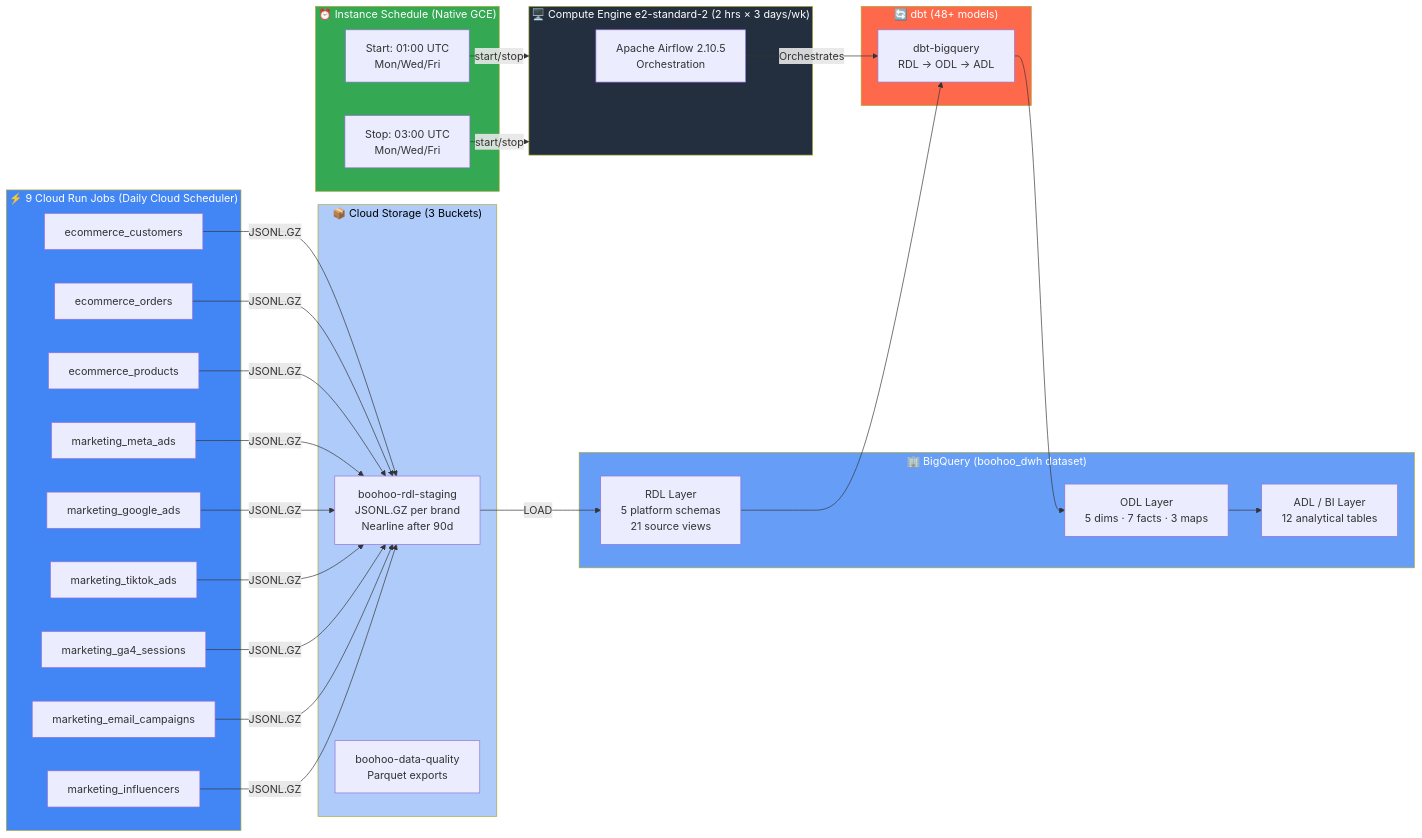
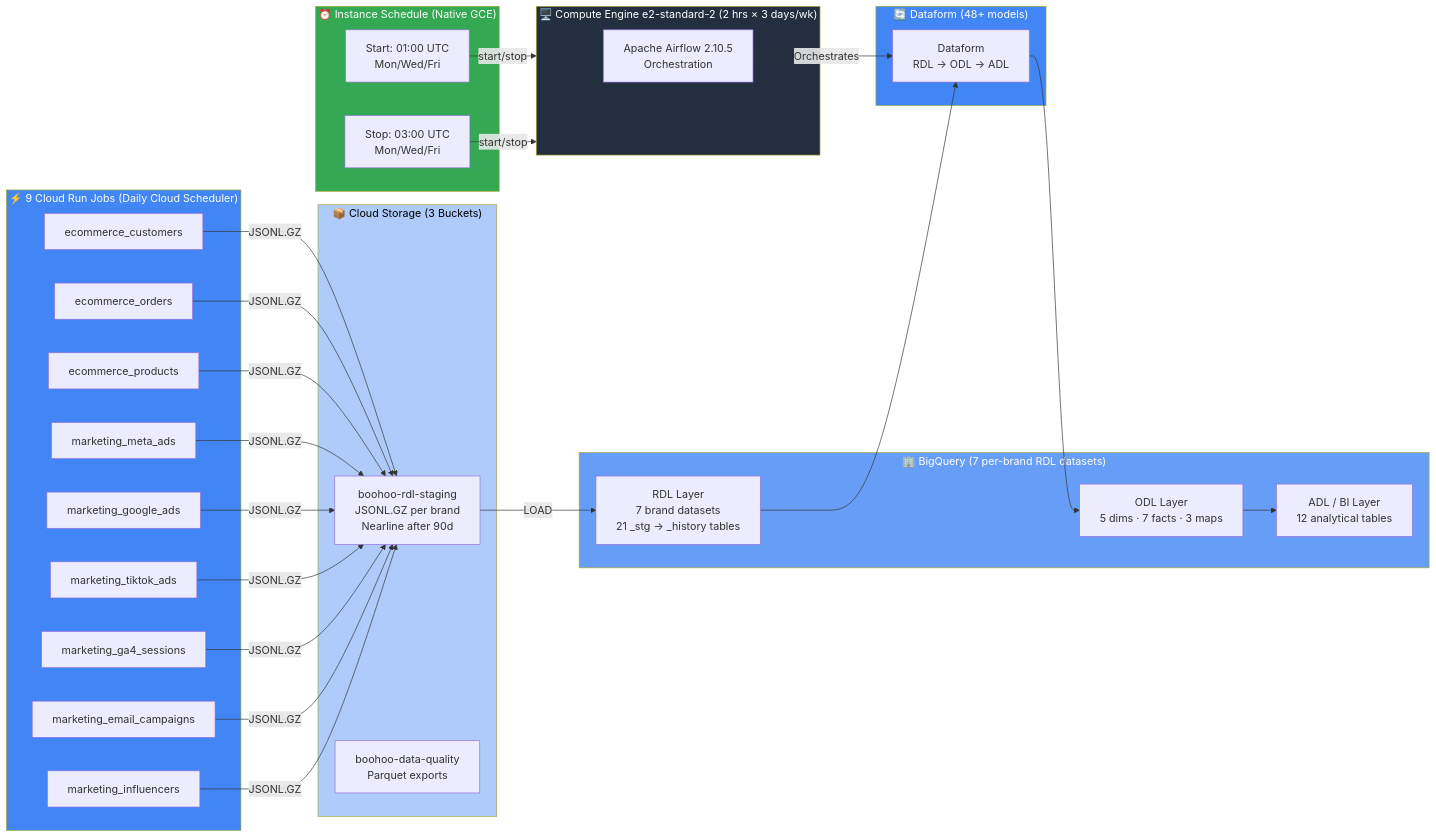
Before and after one commit to TimiOlayinka/bigquery-dbt-ecommerce-warehouse: the diagram in README.md, drawn with Mermaid. The commit also changed other lines of this file and 578 other files, not shown here.

````diff
--- a/README.md
+++ b/README.md
@@ -37,51 +37,51 @@
 ```mermaid
 flowchart LR
     subgraph JOBS["⚡ 9 Cloud Run Jobs (Daily Cloud Scheduler)"]
         L1["ecommerce_customers"]
         L2["ecommerce_orders"]
         L3["ecommerce_products"]
         L4["marketing_meta_ads"]
         L5["marketing_google_ads"]
         L6["marketing_tiktok_ads"]
         L7["marketing_ga4_sessions"]
         L8["marketing_email_campaigns"]
         L9["marketing_influencers"]
     end
 
     subgraph GCS["📦 Cloud Storage (3 Buckets)"]
         RDL_GCS["boohoo-rdl-staging\nJSONL.GZ per brand\nNearline after 90d"]
         DQ_GCS["boohoo-data-quality\nParquet exports"]
     end
 
     subgraph SCHEDULER["⏰ Instance Schedule (Native GCE)"]
         IS1["Start: 01:00 UTC\nMon/Wed/Fri"]
         IS2["Stop: 03:00 UTC\nMon/Wed/Fri"]
     end
 
     subgraph GCE["🖥️ Compute Engine e2-standard-2 (2 hrs × 3 days/wk)"]
         AF["Apache Airflow 2.10.5\nOrchestration"]
     end
 
-    subgraph BQ["🏢 BigQuery (boohoo_dwh dataset)"]
-        RDL_BQ["RDL Layer\n5 platform schemas\n21 source views"]
+    subgraph BQ["🏢 BigQuery (7 per-brand RDL datasets)"]
+        RDL_BQ["RDL Layer\n7 brand datasets\n21 _stg → _history tables"]
         ODL_BQ["ODL Layer\n5 dims · 7 facts · 3 maps"]
         ADL_BQ["ADL / BI Layer\n12 analytical tables"]
     end
 
-    subgraph DBT["🔄 dbt (48+ models)"]
-        DBT_RUN["dbt-bigquery\nRDL → ODL → ADL"]
+    subgraph DF["🔄 Dataform (48+ models)"]
+        DF_RUN["Dataform\nRDL → ODL → ADL"]
     end
 
     L1 & L2 & L3 & L4 & L5 & L6 & L7 & L8 & L9 -->|"JSONL.GZ"| RDL_GCS
     RDL_GCS -->|"LOAD"| RDL_BQ
-    RDL_BQ --> DBT_RUN --> ODL_BQ --> ADL_BQ
+    RDL_BQ --> DF_RUN --> ODL_BQ --> ADL_BQ
     IS1 & IS2 -->|"start/stop"| GCE
-    AF -->|"Orchestrates"| DBT_RUN
+    AF -->|"Orchestrates"| DF_RUN
 
     style JOBS fill:#4285F4,color:#fff
     style GCS fill:#AECBFA,color:#000
     style SCHEDULER fill:#34A853,color:#fff
     style GCE fill:#232F3E,color:#fff
     style BQ fill:#669DF6,color:#fff
-    style DBT fill:#FF694B,color:#fff
+    style DF fill:#4285F4,color:#fff
 ```
````
